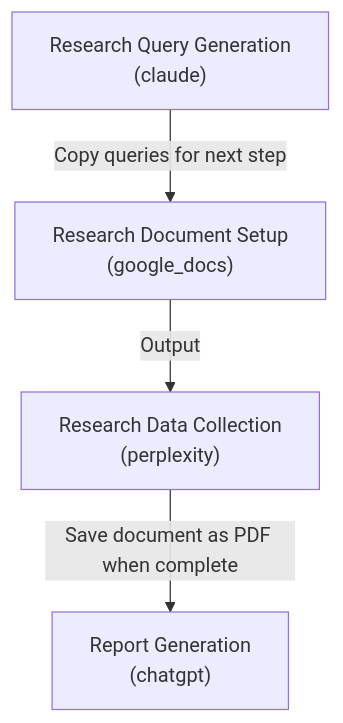
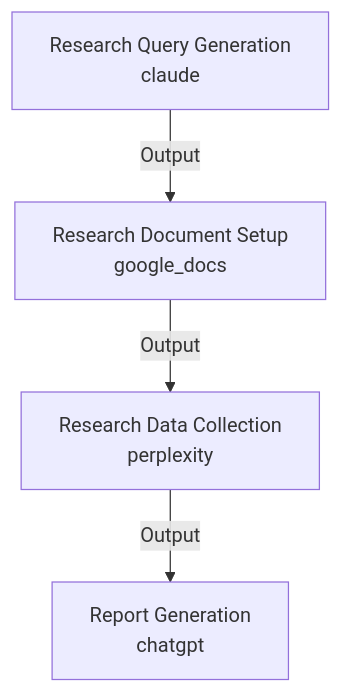
Before and after one commit to yaniv-golan/ai-recipes: the diagram in recipes/yaniv-golan/market-analysis/workflow.mmd, drawn with Mermaid. The commit also changed 6 other files, not shown here.

First line of the commit message:
fix: improve workflow diagram generation

```diff
--- a/recipes/yaniv-golan/market-analysis/workflow.mmd
+++ b/recipes/yaniv-golan/market-analysis/workflow.mmd
@@ -1,8 +1,8 @@
 graph TD
-    query_generation["Research Query Generation<br>(claude)"]
-    query_generation -->|Copy queries for next step| setup_document
-    setup_document["Research Document Setup<br>(google_docs)"]
+    query_generation["Research Query Generation<br/>claude"]
+    query_generation -->|Output| setup_document
+    setup_document["Research Document Setup<br/>google_docs"]
     setup_document -->|Output| research_execution
-    research_execution["Research Data Collection<br>(perplexity)"]
-    research_execution -->|Save document as PDF when complete| synthesis_analysis
-    synthesis_analysis["Report Generation<br>(chatgpt)"]
+    research_execution["Research Data Collection<br/>perplexity"]
+    research_execution -->|Output| synthesis_analysis
+    synthesis_analysis["Report Generation<br/>chatgpt"]
```
